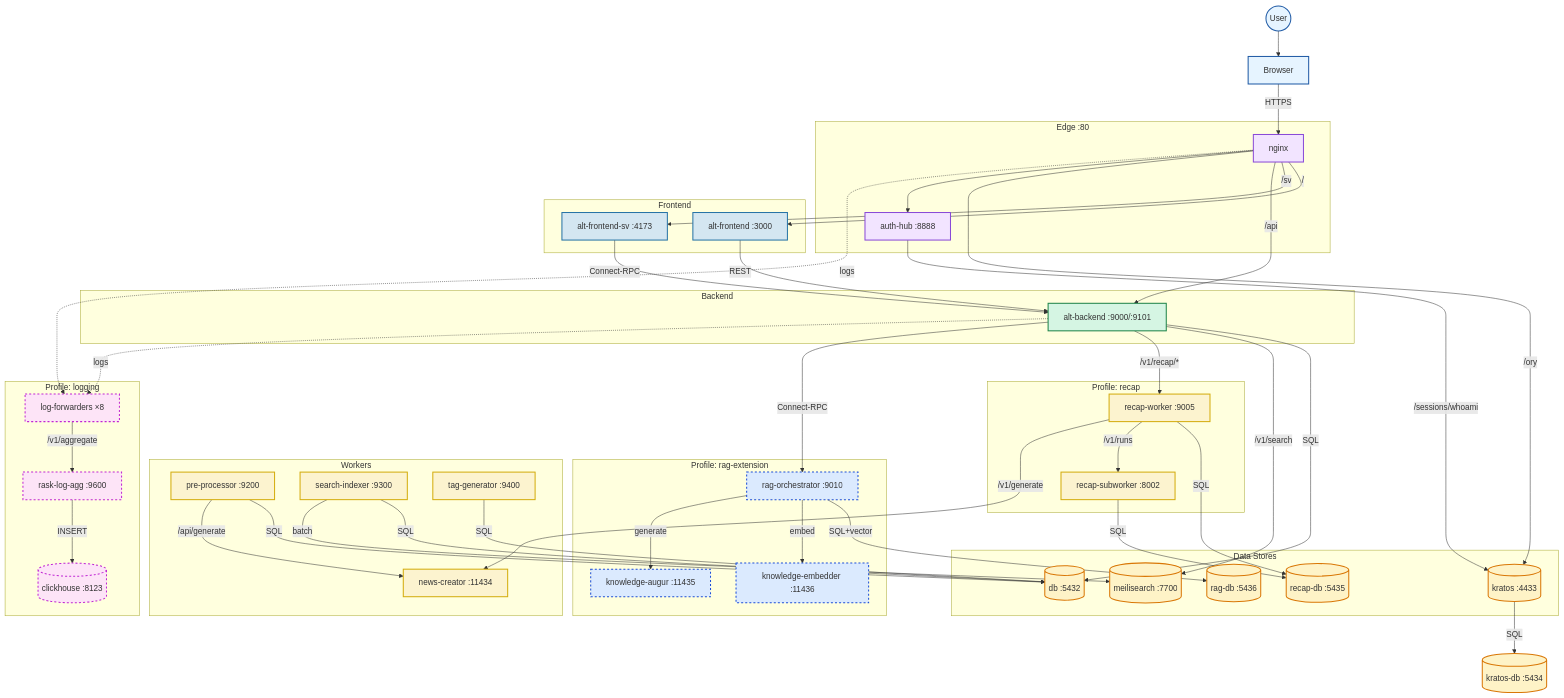
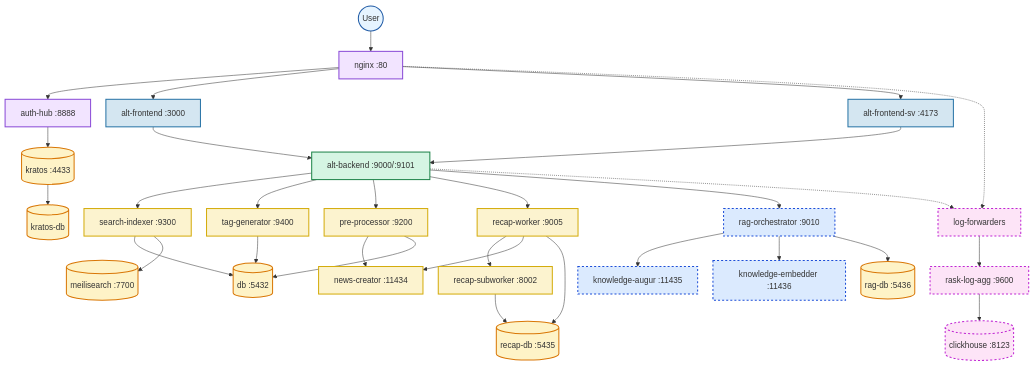
Before and after one commit to Kaikei-e/Alt: the fourth of 9 diagrams in README.md, drawn with Mermaid.

Commit message:
refactor: Streamline Microservice Flowchart in README for Improved Clarity
- Revised the flowchart to enhance readability and organization by simplifying service interactions.
- Updated class definitions for components to use shorter names for better clarity.
- Reorganized service connections and interactions, including detailed logging and data flow paths.
- Improved visual styles for better differentiation of components within the architecture.

````diff
--- a/README.md
+++ b/README.md
@@ -245,98 +245,43 @@
 ```mermaid
+%%{init: {'flowchart': {'nodeSpacing': 30, 'rankSpacing': 40}}}%%
 flowchart TD
     classDef client fill:#e6f4ff,stroke:#1f5aa5,stroke-width:2px
     classDef edge fill:#f2e4ff,stroke:#8a4bd7,stroke-width:2px
-    classDef frontend fill:#d4e6f1,stroke:#2874a6,stroke-width:2px
-    classDef backend fill:#d5f5e3,stroke:#1e8449,stroke-width:2px
-    classDef worker fill:#fcf3cf,stroke:#d4ac0d,stroke-width:2px
-    classDef data fill:#fef3c7,stroke:#d97706,stroke-width:2px
+    classDef fe fill:#d4e6f1,stroke:#2874a6,stroke-width:2px
+    classDef be fill:#d5f5e3,stroke:#1e8449,stroke-width:2px
+    classDef wk fill:#fcf3cf,stroke:#d4ac0d,stroke-width:2px
+    classDef db fill:#fef3c7,stroke:#d97706,stroke-width:2px
     classDef rag fill:#dbeafe,stroke:#1d4ed8,stroke-width:2px,stroke-dasharray:4
     classDef obs fill:#fde4f7,stroke:#c026d3,stroke-width:2px,stroke-dasharray:4
 
-    User((User)):::client
-    User --> Browser[Browser]:::client
-    Browser -->|HTTPS| Nginx
+    U((User)):::client --> N[nginx :80]:::edge
+    N --> A[auth-hub :8888]:::edge --> K[(kratos :4433)]:::db --> KD[(kratos-db)]:::db
 
-    subgraph Edge["Edge :80"]
-        Nginx[nginx]:::edge
-        AuthHub[auth-hub :8888]:::edge
-    end
+    N --> F1[alt-frontend :3000]:::fe --> API
+    N --> F2[alt-frontend-sv :4173]:::fe --> API
 
-    Nginx -->|"/"| UI
-    Nginx -->|"/sv"| UISv
-    Nginx -->|"/api"| API
-    Nginx -->|"/ory"| Kratos
-    Nginx --> AuthHub
-    AuthHub -->|/sessions/whoami| Kratos
+    API[alt-backend :9000/:9101]:::be
 
-    subgraph FE["Frontend"]
-        UI[alt-frontend :3000]:::frontend
-        UISv[alt-frontend-sv :4173]:::frontend
-    end
+    API --> W1[search-indexer :9300]:::wk --> D1[(db :5432)]:::db
+    W1 --> M[(meilisearch :7700)]:::db
 
-    UI -->|REST| API
-    UISv -->|Connect-RPC| API
+    API --> W2[tag-generator :9400]:::wk --> D1
 
-    subgraph BE["Backend"]
-        API[alt-backend :9000/:9101]:::backend
-    end
+    API --> W3[pre-processor :9200]:::wk --> NC[news-creator :11434]:::wk
+    W3 --> D1
 
-    API -->|SQL| DB
-    API -->|/v1/search| Meili
-    API -->|/v1/recap/*| RW
-    API -->|Connect-RPC| RO
+    API --> RW[recap-worker :9005]:::wk --> RS[recap-subworker :8002]:::wk
+    RW --> NC
+    RW --> RD[(recap-db :5435)]:::db
+    RS --> RD
 
-    subgraph Workers["Workers"]
-        PP[pre-processor :9200]:::worker
-        NC[news-creator :11434]:::worker
-        Idx[search-indexer :9300]:::worker
-        Tag[tag-generator :9400]:::worker
-    end
+    API --> RO[rag-orchestrator :9010]:::rag
+    RO --> AU[knowledge-augur :11435]:::rag
+    RO --> EM[knowledge-embedder :11436]:::rag
+    RO --> VD[(rag-db :5436)]:::db
 
-    PP -->|SQL| DB
-    PP -->|/api/generate| NC
-    Idx -->|SQL| DB
-    Idx -->|batch| Meili
-    Tag -->|SQL| DB
-
-    subgraph Recap["Profile: recap"]
-        RW[recap-worker :9005]:::worker
-        RS[recap-subworker :8002]:::worker
-    end
-
-    RW -->|SQL| RecapDB
-    RW -->|/v1/runs| RS
-    RW -->|/v1/generate| NC
-    RS -->|SQL| RecapDB
-
-    subgraph RAG["Profile: rag-extension"]
-        RO[rag-orchestrator :9010]:::rag
-        Augur[knowledge-augur :11435]:::rag
-        Embed[knowledge-embedder :11436]:::rag
-    end
-
-    RO -->|SQL+vector| RagDB
-    RO -->|embed| Embed
-    RO -->|generate| Augur
-
-    subgraph Data["Data Stores"]
-        DB[(db :5432)]:::data
-        Meili[(meilisearch :7700)]:::data
-        Kratos[(kratos :4433)]:::data
-        RecapDB[(recap-db :5435)]:::data
-        RagDB[(rag-db :5436)]:::data
-    end
-
-    Kratos -->|SQL| KratosDB[(kratos-db :5434)]:::data
-
-    subgraph Obs["Profile: logging"]
-        Fwd[log-forwarders ×8]:::obs
-        Agg[rask-log-agg :9600]:::obs
-        CH[(clickhouse :8123)]:::obs
-    end
-
-    API -.->|logs| Fwd
-    Nginx -.->|logs| Fwd
-    Fwd -->|/v1/aggregate| Agg
-    Agg -->|INSERT| CH
+    LF[log-forwarders]:::obs
+    N -.-> LF
+    API -.-> LF
+    LF --> LA[rask-log-agg :9600]:::obs --> CH[(clickhouse :8123)]:::obs
 ```
````
